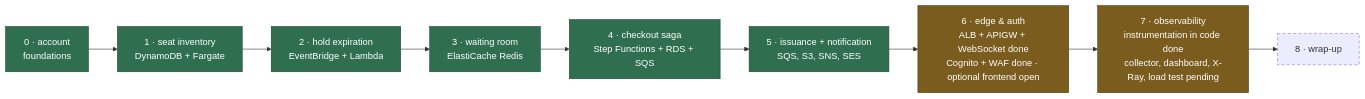
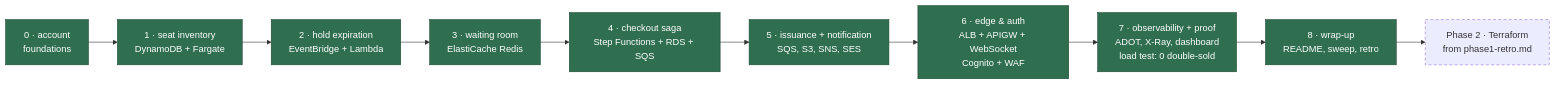
Before and after one commit to daliborjelicanin/ticket-waiting-room-aws: the eighth of 8 diagrams in docs/architecture.md, drawn with Mermaid. The commit also changed other lines of this file and 41 other files, not shown here.

````diff
--- a/docs/architecture.md
+++ b/docs/architecture.md
@@ -438,18 +463,17 @@
 ```mermaid
 flowchart LR
     S0["0 · account<br/>foundations"] --> S1["1 · seat inventory<br/>DynamoDB + Fargate"]
     S1 --> S2["2 · hold expiration<br/>EventBridge + Lambda"]
     S2 --> S3["3 · waiting room<br/>ElastiCache Redis"]
     S3 --> S4["4 · checkout saga<br/>Step Functions + RDS + SQS"]
     S4 --> S5["5 · issuance + notification<br/>SQS, S3, SNS, SES"]
-    S5 --> S6["6 · edge & auth<br/>ALB + APIGW + WebSocket done<br/>Cognito + WAF done · optional frontend open"]
-    S6 --> S7["7 · observability<br/>instrumentation in code done<br/>collector, dashboard, X-Ray, load test pending"]
-    S7 --> S8["8 · wrap-up"]
+    S5 --> S6["6 · edge & auth<br/>ALB + APIGW + WebSocket<br/>Cognito + WAF"]
+    S6 --> S7["7 · observability + proof<br/>ADOT, X-Ray, dashboard<br/>load test: 0 double-sold"]
+    S7 --> S8["8 · wrap-up<br/>README, sweep, retro"]
+    S8 --> P2["Phase 2 · Terraform<br/>from phase1-retro.md"]
 
     classDef done fill:#2f6f4f,stroke:#1d4632,color:#fff;
-    classDef partial fill:#7a5c1e,stroke:#4d3a13,color:#fff;
     classDef todo stroke-dasharray:5 4;
-    class S0,S1,S2,S3,S4,S5 done;
-    class S6,S7 partial;
-    class S8 todo;
+    class S0,S1,S2,S3,S4,S5,S6,S7,S8 done;
+    class P2 todo;
 ```
````
